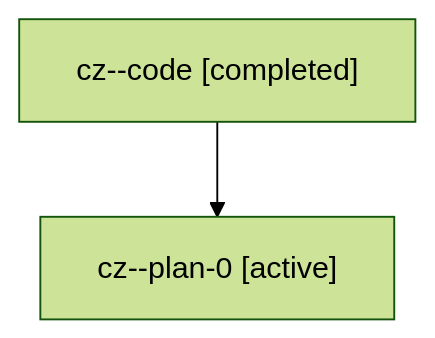
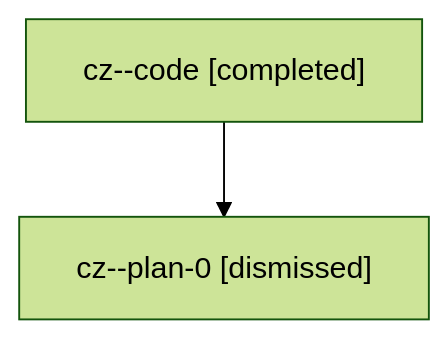
Before and after one commit to sase-org/sase--agents: the diagram in sessions/bbugyi200.athena.cz.md, drawn with Mermaid (forest theme). The commit also changed other lines of this file and 35 other files, not shown here.

````diff
--- a/sessions/bbugyi200.athena.cz.md
+++ b/sessions/bbugyi200.athena.cz.md
@@ -9,6 +9,6 @@
 ```mermaid
 flowchart TD
   n0["cz--code [completed]"]
-  n1["cz--plan-0 [active]"]
+  n1["cz--plan-0 [dismissed]"]
   n0 --> n1
 ```
````
